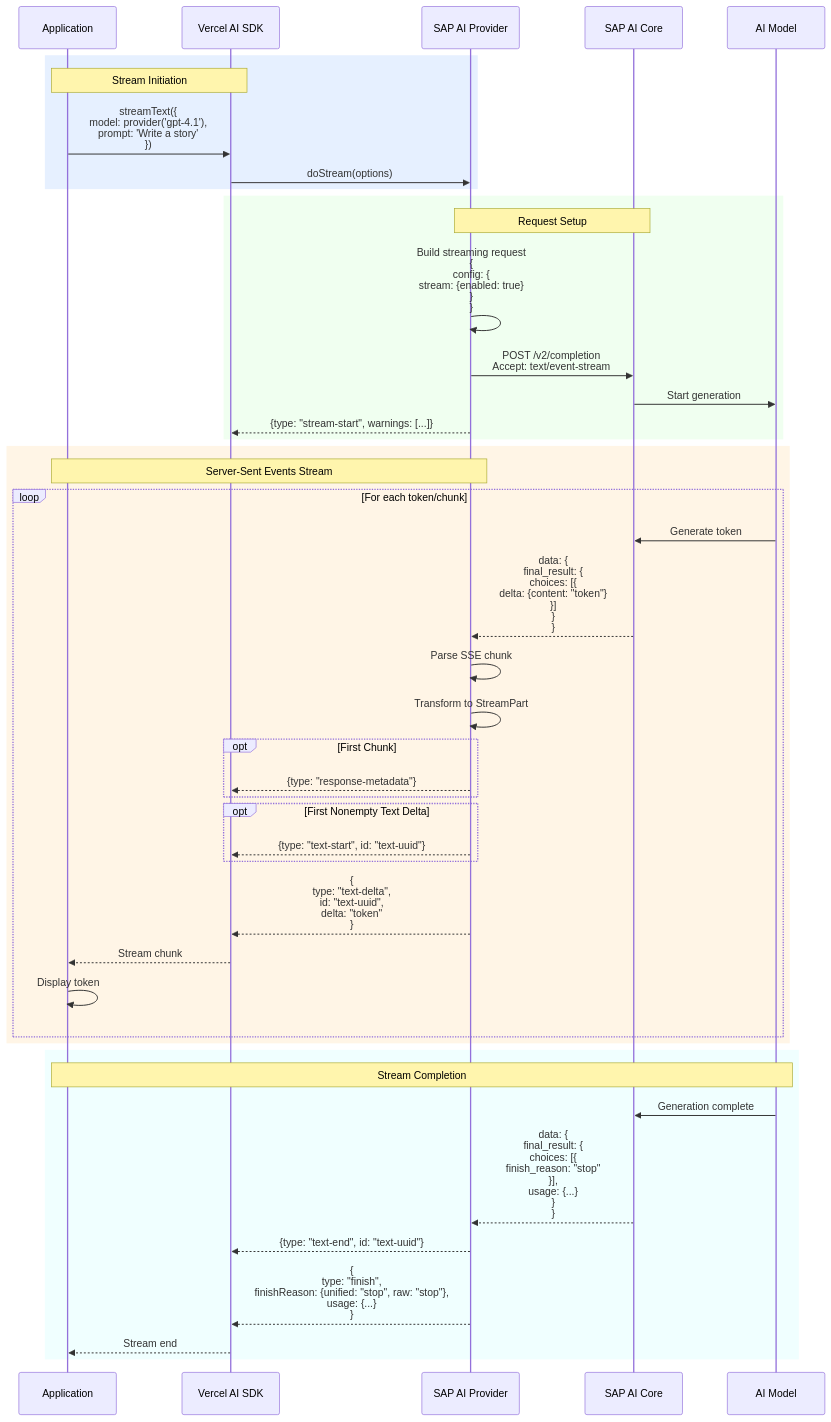
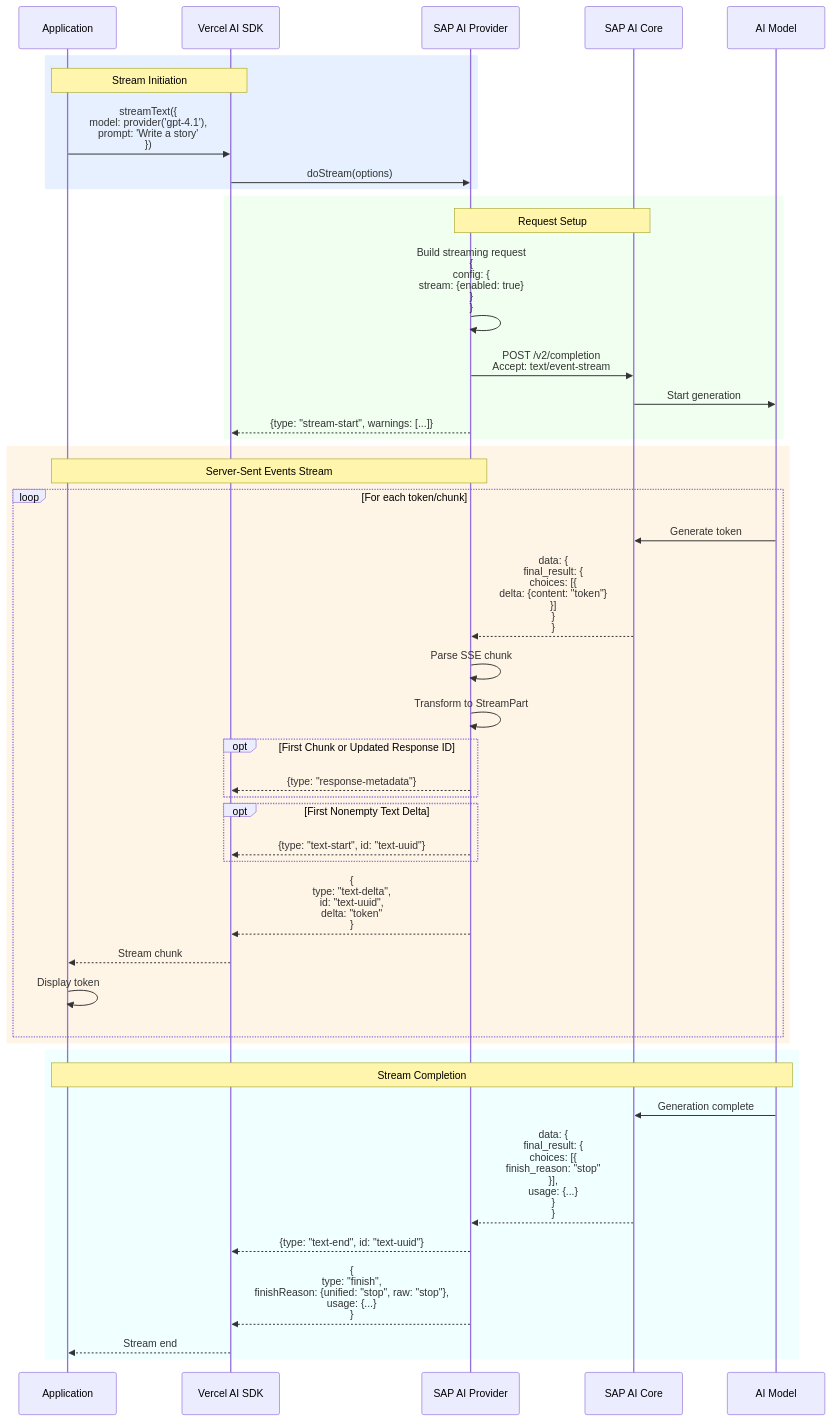
One commit to jerome-benoit/sap-ai-provider changed the fifth of 11 diagrams in ARCHITECTURE.md. Above: the diagram before and after it, drawn with Mermaid. The commit also changed other lines of this file and 77 other files, not shown here.

````diff
--- a/ARCHITECTURE.md
+++ b/ARCHITECTURE.md
@@ -457,52 +457,52 @@
 ```mermaid
 sequenceDiagram
     participant App as Application
     participant SDK as Vercel AI SDK
     participant Provider as SAP AI Provider
     participant SAP as SAP AI Core
     participant Model as AI Model
 
     rect rgb(230, 240, 255)
         Note over App,SDK: Stream Initiation
         App->>SDK: streamText({<br/>  model: provider('gpt-4.1'),<br/>  prompt: 'Write a story'<br/>})
         SDK->>Provider: doStream(options)
     end
 
     rect rgb(240, 255, 240)
         Note over Provider,SAP: Request Setup
         Provider->>Provider: Build streaming request<br/>{<br/>  config: {<br/>    stream: {enabled: true}<br/>  }<br/>}
         Provider->>SAP: POST /v2/completion<br/>Accept: text/event-stream
         SAP->>Model: Start generation
         Provider-->>SDK: {type: "stream-start", warnings: [...]}
     end
 
     rect rgb(255, 245, 230)
         Note over Provider,App: Server-Sent Events Stream
         loop For each token/chunk
             Model->>SAP: Generate token
             SAP-->>Provider: data: {<br/>  final_result: {<br/>    choices: [{<br/>      delta: {content: "token"}<br/>    }]<br/>  }<br/>}
             Provider->>Provider: Parse SSE chunk
             Provider->>Provider: Transform to StreamPart
 
-            opt First Chunk
+            opt First Chunk or Updated Response ID
                 Provider-->>SDK: {type: "response-metadata"}
             end
             opt First Nonempty Text Delta
                 Provider-->>SDK: {type: "text-start", id: "text-uuid"}
             end
 
             Provider-->>SDK: {<br/>  type: "text-delta",<br/>  id: "text-uuid",<br/>  delta: "token"<br/>}
             SDK-->>App: Stream chunk
             App->>App: Display token
         end
     end
 
     rect rgb(240, 255, 255)
         Note over Model,App: Stream Completion
         Model->>SAP: Generation complete
         SAP-->>Provider: data: {<br/>  final_result: {<br/>    choices: [{<br/>      finish_reason: "stop"<br/>    }],<br/>    usage: {...}<br/>  }<br/>}
         Provider-->>SDK: {type: "text-end", id: "text-uuid"}
         Provider-->>SDK: {<br/>  type: "finish",<br/>  finishReason: {unified: "stop", raw: "stop"},<br/>  usage: {...}<br/>}
         SDK-->>App: Stream end
     end
 ```
````
